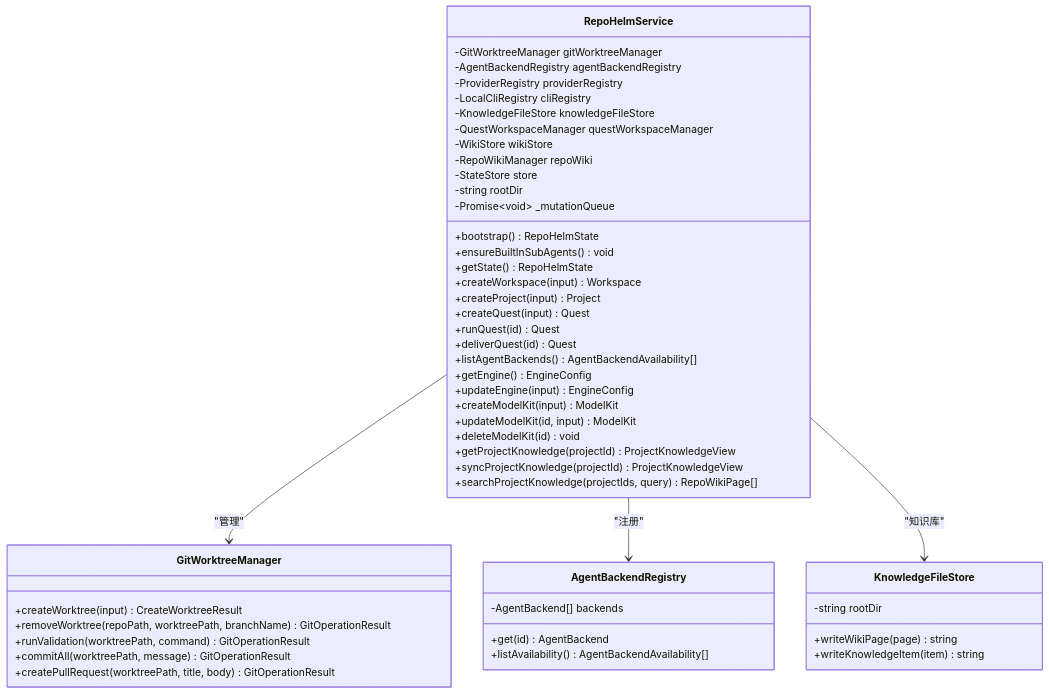
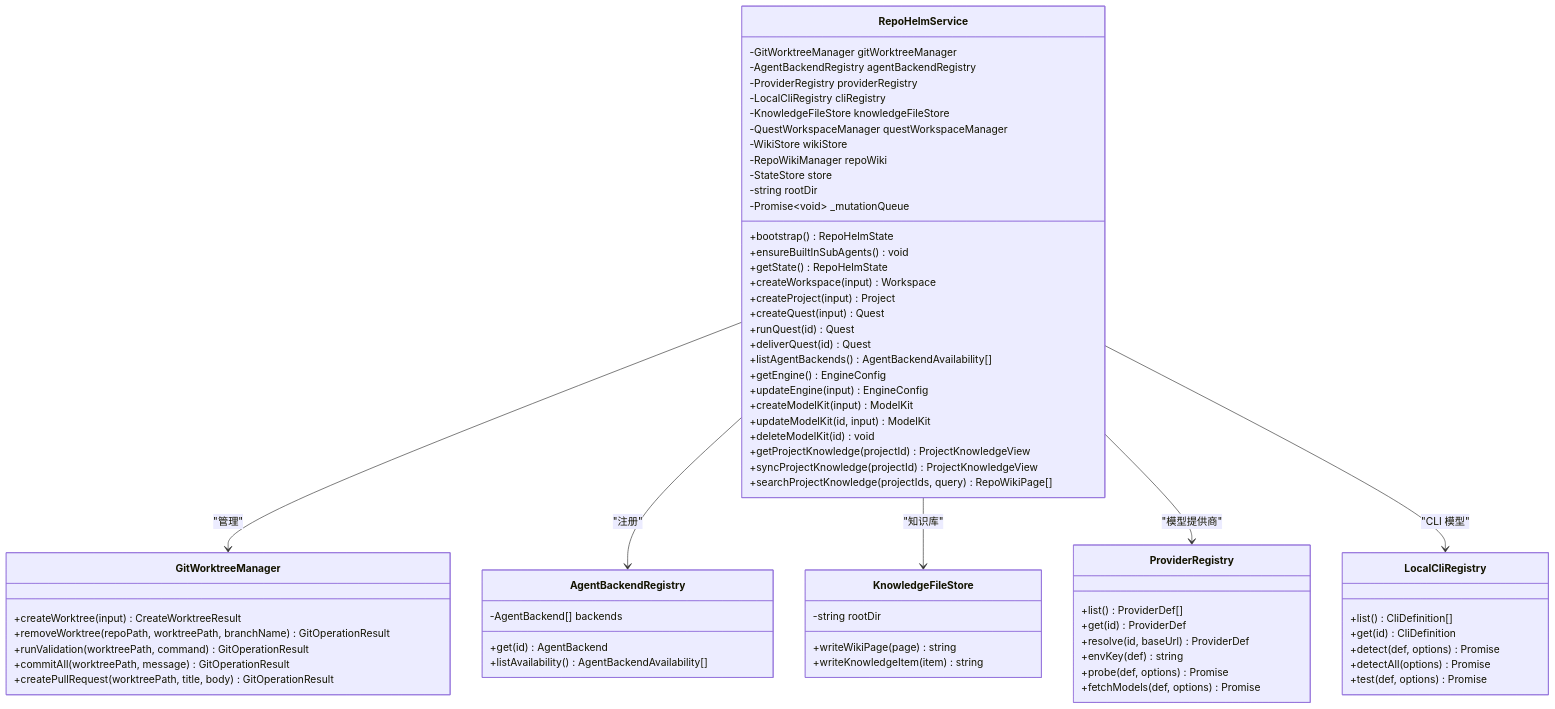
Before and after one commit to coconilu/RepoHelm: the second of 13 diagrams in .qoder/repowiki/zh/content/快速开始/Claude Code 集成指南/Claude 质量门工作流系统.md, drawn with Mermaid. The commit also changed other lines of this file and 14 other files, not shown here.

````diff
--- a/.qoder/repowiki/zh/content/快速开始/Claude Code 集成指南/Claude 质量门工作流系统.md
+++ b/.qoder/repowiki/zh/content/快速开始/Claude Code 集成指南/Claude 质量门工作流系统.md
@@ -107,53 +124,70 @@
 ```mermaid
 classDiagram
 class RepoHelmService {
 -GitWorktreeManager gitWorktreeManager
 -AgentBackendRegistry agentBackendRegistry
 -ProviderRegistry providerRegistry
 -LocalCliRegistry cliRegistry
 -KnowledgeFileStore knowledgeFileStore
 -QuestWorkspaceManager questWorkspaceManager
 -WikiStore wikiStore
 -RepoWikiManager repoWiki
 -StateStore store
 -string rootDir
 -Promise~void~ _mutationQueue
 +bootstrap() RepoHelmState
 +ensureBuiltInSubAgents() void
 +getState() RepoHelmState
 +createWorkspace(input) Workspace
 +createProject(input) Project
 +createQuest(input) Quest
 +runQuest(id) Quest
 +deliverQuest(id) Quest
 +listAgentBackends() AgentBackendAvailability[]
 +getEngine() EngineConfig
 +updateEngine(input) EngineConfig
 +createModelKit(input) ModelKit
 +updateModelKit(id, input) ModelKit
 +deleteModelKit(id) void
 +getProjectKnowledge(projectId) ProjectKnowledgeView
 +syncProjectKnowledge(projectId) ProjectKnowledgeView
 +searchProjectKnowledge(projectIds, query) RepoWikiPage[]
 }
 class GitWorktreeManager {
 +createWorktree(input) CreateWorktreeResult
 +removeWorktree(repoPath, worktreePath, branchName) GitOperationResult
 +runValidation(worktreePath, command) GitOperationResult
 +commitAll(worktreePath, message) GitOperationResult
 +createPullRequest(worktreePath, title, body) GitOperationResult
 }
 class AgentBackendRegistry {
 -AgentBackend[] backends
 +get(id) AgentBackend
 +listAvailability() AgentBackendAvailability[]
 }
 class KnowledgeFileStore {
 -string rootDir
 +writeWikiPage(page) string
 +writeKnowledgeItem(item) string
 }
+class ProviderRegistry {
++list() ProviderDef[]
++get(id) ProviderDef
++resolve(id, baseUrl) ProviderDef
++envKey(def) string
++probe(def, options) Promise
++fetchModels(def, options) Promise
+}
+class LocalCliRegistry {
++list() CliDefinition[]
++get(id) CliDefinition
++detect(def, options) Promise
++detectAll(options) Promise
++test(def, options) Promise
+}
 RepoHelmService --> GitWorktreeManager : "管理"
 RepoHelmService --> AgentBackendRegistry : "注册"
 RepoHelmService --> KnowledgeFileStore : "知识库"
+RepoHelmService --> ProviderRegistry : "模型提供商"
+RepoHelmService --> LocalCliRegistry : "CLI 模型"
 ```
````
